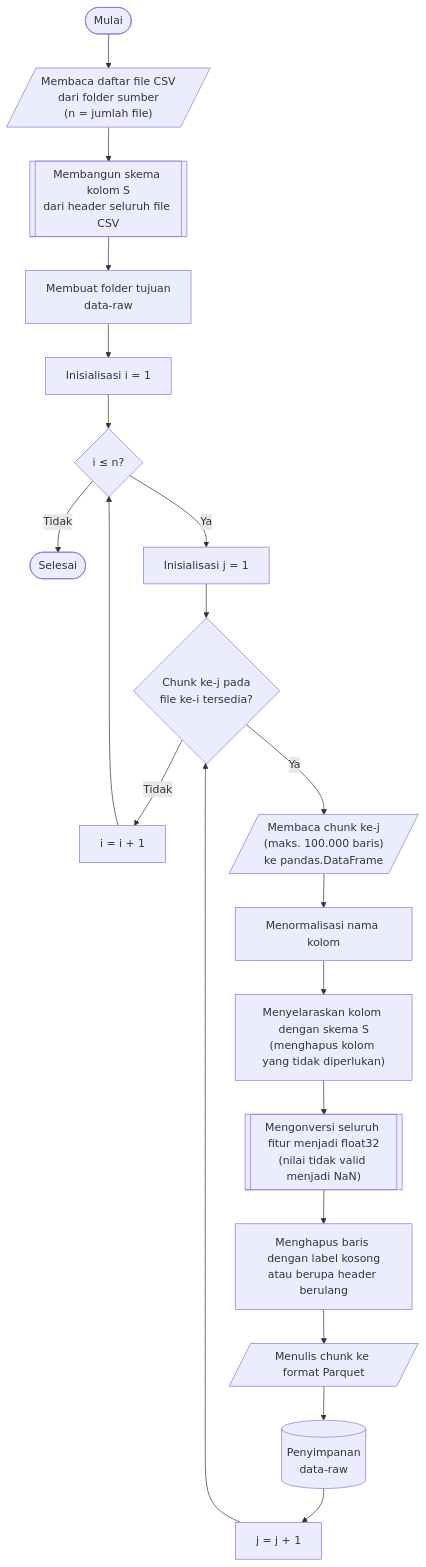
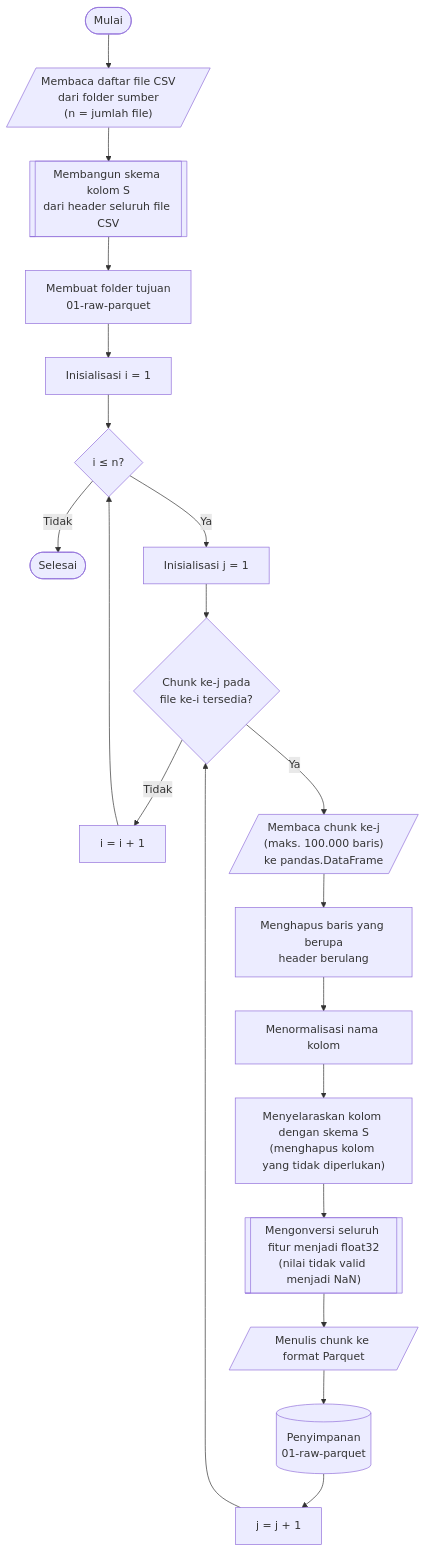
One commit to JoxNeis/mlids-robustness changed the diagram in thesis/04_bab_04/01_proses_pemuatan_data.md. Above: the diagram before and after it, drawn with Mermaid. The commit also changed other lines of this file and 14 other files, not shown here.

````diff
--- a/thesis/04_bab_04/01_proses_pemuatan_data.md
+++ b/thesis/04_bab_04/01_proses_pemuatan_data.md
@@ -16,26 +16,26 @@
 ```mermaid
 flowchart TD
     mulai(["Mulai"])
     mulai --> input_csv[/"Membaca daftar file CSV<br>dari folder sumber<br>(n = jumlah file)"/]
     input_csv --> skema[["Membangun skema kolom S<br>dari header seluruh file CSV"]]
-    skema --> buat_folder["Membuat folder tujuan<br>data-raw"]
+    skema --> buat_folder["Membuat folder tujuan<br>01-raw-parquet"]
     buat_folder --> init_i["Inisialisasi i = 1"]
     init_i --> cek_i{"i ≤ n?"}
 
     cek_i -->|"Tidak"| selesai(["Selesai"])
     cek_i -->|"Ya"| init_j["Inisialisasi j = 1"]
     init_j --> cek_j{"Chunk ke-j pada<br>file ke-i tersedia?"}
 
     cek_j -->|"Tidak"| inc_i["i = i + 1"]
     inc_i --> cek_i
 
     cek_j -->|"Ya"| baca_chunk[/"Membaca chunk ke-j<br>(maks. 100.000 baris)<br>ke pandas.DataFrame"/]
-    baca_chunk --> norm_kolom["Menormalisasi nama kolom"]
+    baca_chunk --> hapus_header["Menghapus baris yang berupa<br>header berulang"]
+    hapus_header --> norm_kolom["Menormalisasi nama kolom"]
     norm_kolom --> selaras["Menyelaraskan kolom dengan skema S<br>(menghapus kolom yang tidak diperlukan)"]
     selaras --> cast_float[["Mengonversi seluruh fitur menjadi float32<br>(nilai tidak valid menjadi NaN)"]]
-    cast_float --> hapus_label["Menghapus baris dengan label kosong<br>atau berupa header berulang"]
-    hapus_label --> tulis[/"Menulis chunk ke format Parquet"/]
-    tulis --> simpan[("Penyimpanan<br>data-raw")]
+    cast_float --> tulis[/"Menulis chunk ke format Parquet"/]
+    tulis --> simpan[("Penyimpanan<br>01-raw-parquet")]
     simpan --> inc_j["j = j + 1"]
     inc_j --> cek_j
 ```
````
